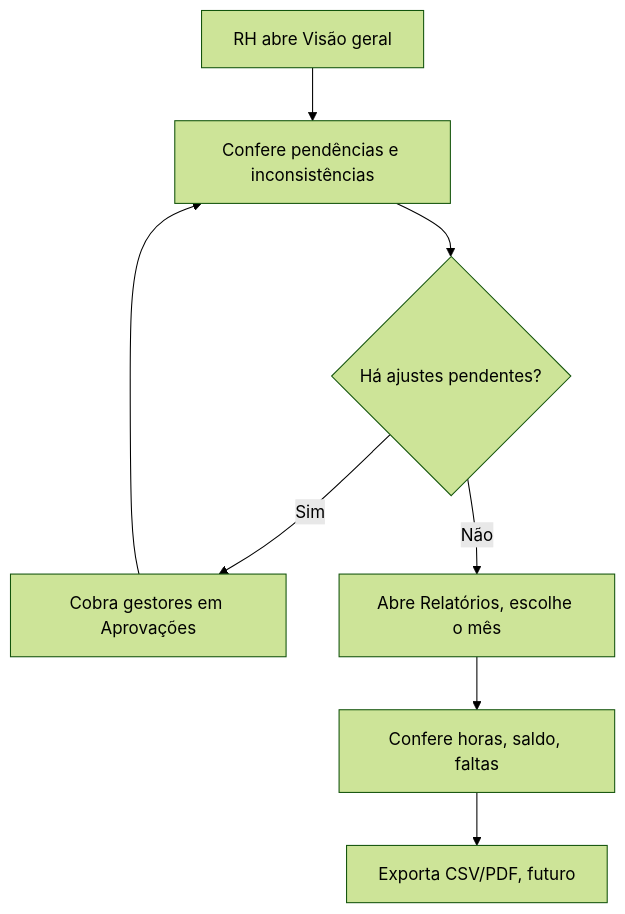
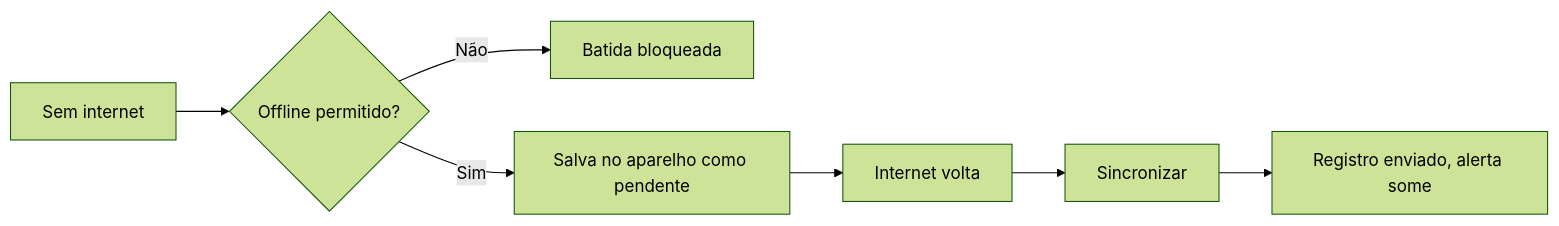
One commit to GuedesIgor/AxSys-IT changed the ninth of 9 diagrams in docs/06-fluxos.md. Above: the diagram before and after it, drawn with Mermaid (forest theme). The commit also changed other lines of this file and 11 other files, not shown here.

````diff
--- a/docs/06-fluxos.md
+++ b/docs/06-fluxos.md
@@ -75,10 +143,9 @@
 ```mermaid
-flowchart TD
-    A[RH abre Visão geral] --> B[Confere pendências e inconsistências]
-    B --> C{Há ajustes pendentes?}
-    C -->|Sim| D[Cobra gestores em Aprovações]
-    D --> B
-    C -->|Não| E[Abre Relatórios, escolhe o mês]
-    E --> F[Confere horas, saldo, faltas]
-    F --> G[Exporta CSV/PDF, futuro]
+flowchart LR
+    A[Sem internet] --> B{Offline permitido?}
+    B -->|Não| X[Batida bloqueada]
+    B -->|Sim| C[Salva no aparelho como pendente]
+    C --> D[Internet volta]
+    D --> E[Sincronizar]
+    E --> F[Registro enviado, alerta some]
 ```
````
